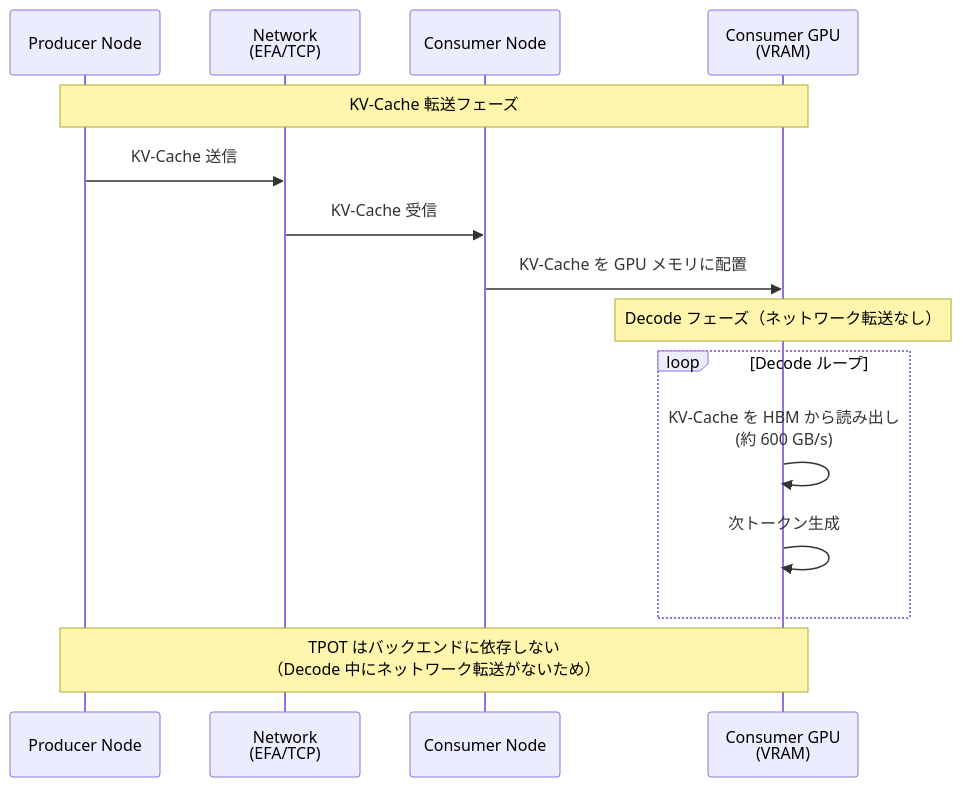
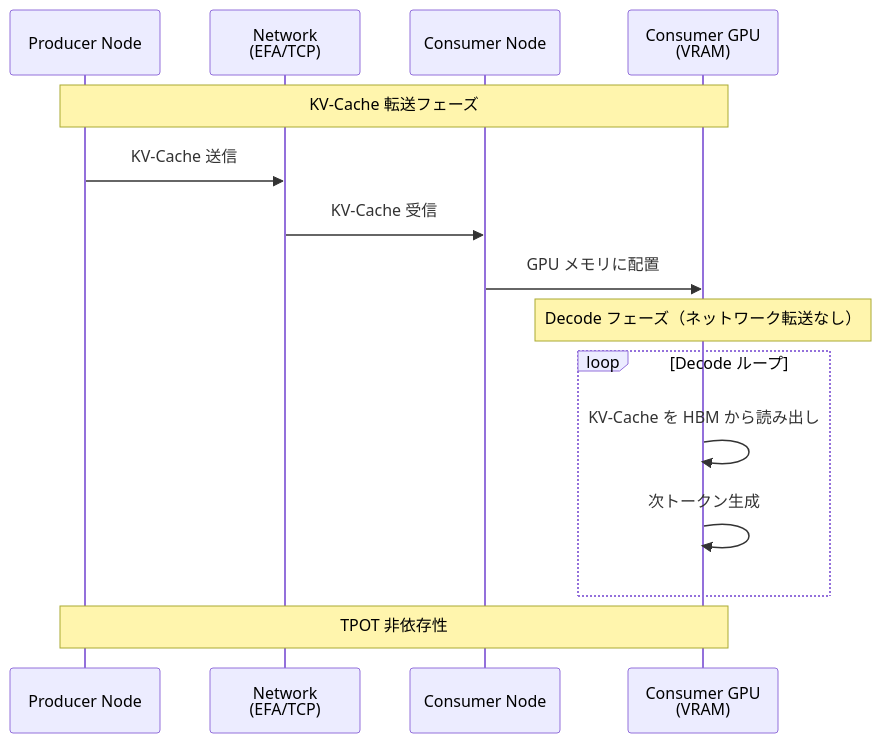
One commit to littlemex/zenn changed the tenth of 10 diagrams in articles/3dd524130320d3.md. Above: the diagram before and after it, drawn with Mermaid. The commit also changed other lines of this file, not shown here.

````diff
--- a/articles/3dd524130320d3.md
+++ b/articles/3dd524130320d3.md
@@ -422,17 +509,17 @@
 ```mermaid
 sequenceDiagram
     participant Producer as Producer Node
     participant Network as Network<br/>(EFA/TCP)
     participant Consumer as Consumer Node
     participant Consumer_GPU as Consumer GPU<br/>(VRAM)
     Note over Producer,Consumer_GPU: KV-Cache 転送フェーズ
     Producer->>Network: KV-Cache 送信
     Network->>Consumer: KV-Cache 受信
-    Consumer->>Consumer_GPU: KV-Cache を GPU メモリに配置
+    Consumer->>Consumer_GPU: GPU メモリに配置
     Note over Consumer_GPU: Decode フェーズ（ネットワーク転送なし）
     loop Decode ループ
-        Consumer_GPU->>Consumer_GPU: KV-Cache を HBM から読み出し<br/>(約 600 GB/s)
+        Consumer_GPU->>Consumer_GPU: KV-Cache を HBM から読み出し
         Consumer_GPU->>Consumer_GPU: 次トークン生成
     end
-    Note over Producer,Consumer_GPU: TPOT はバックエンドに依存しない<br/>（Decode 中にネットワーク転送がないため）
+    Note over Producer,Consumer_GPU: TPOT 非依存性
 ```
````
